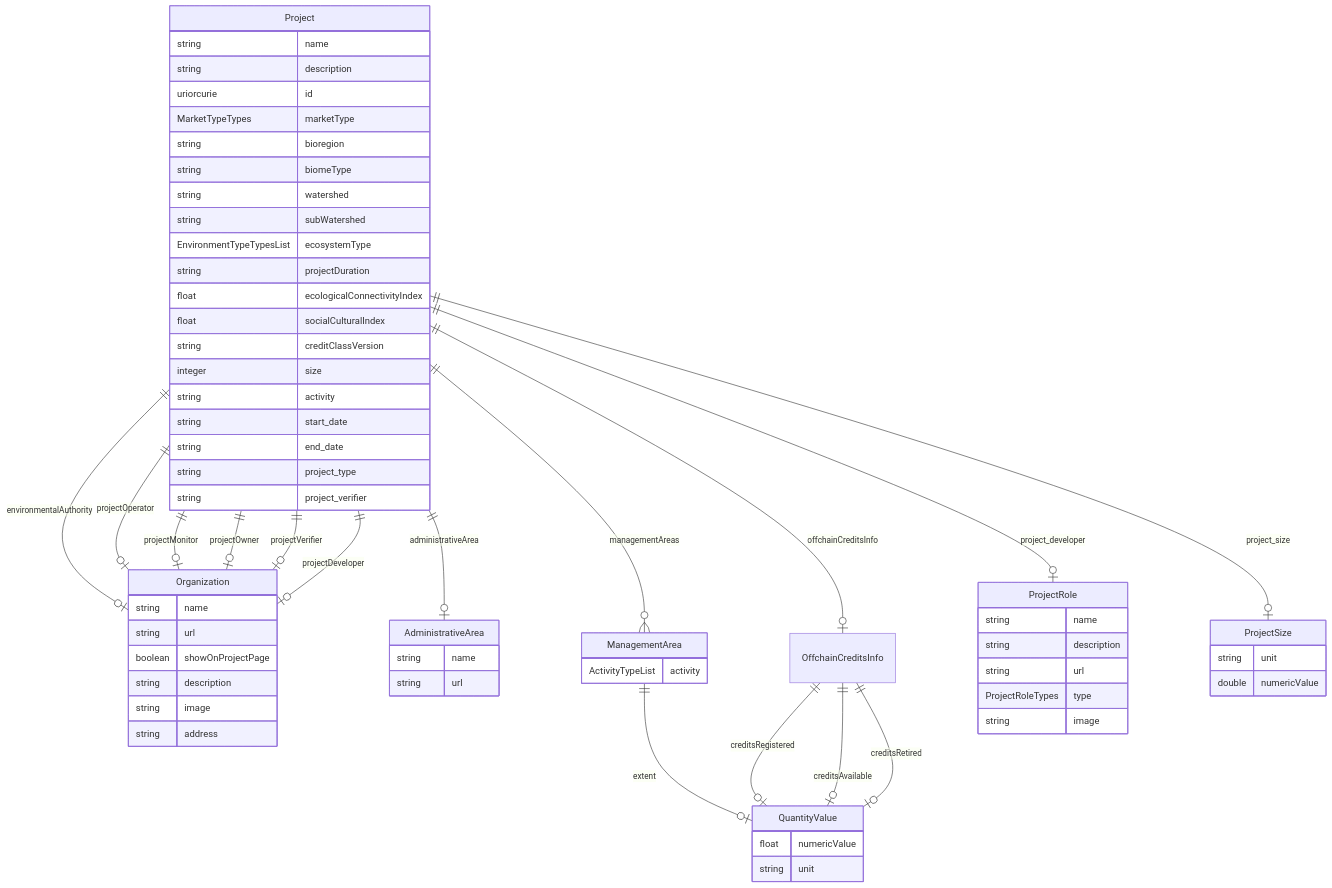
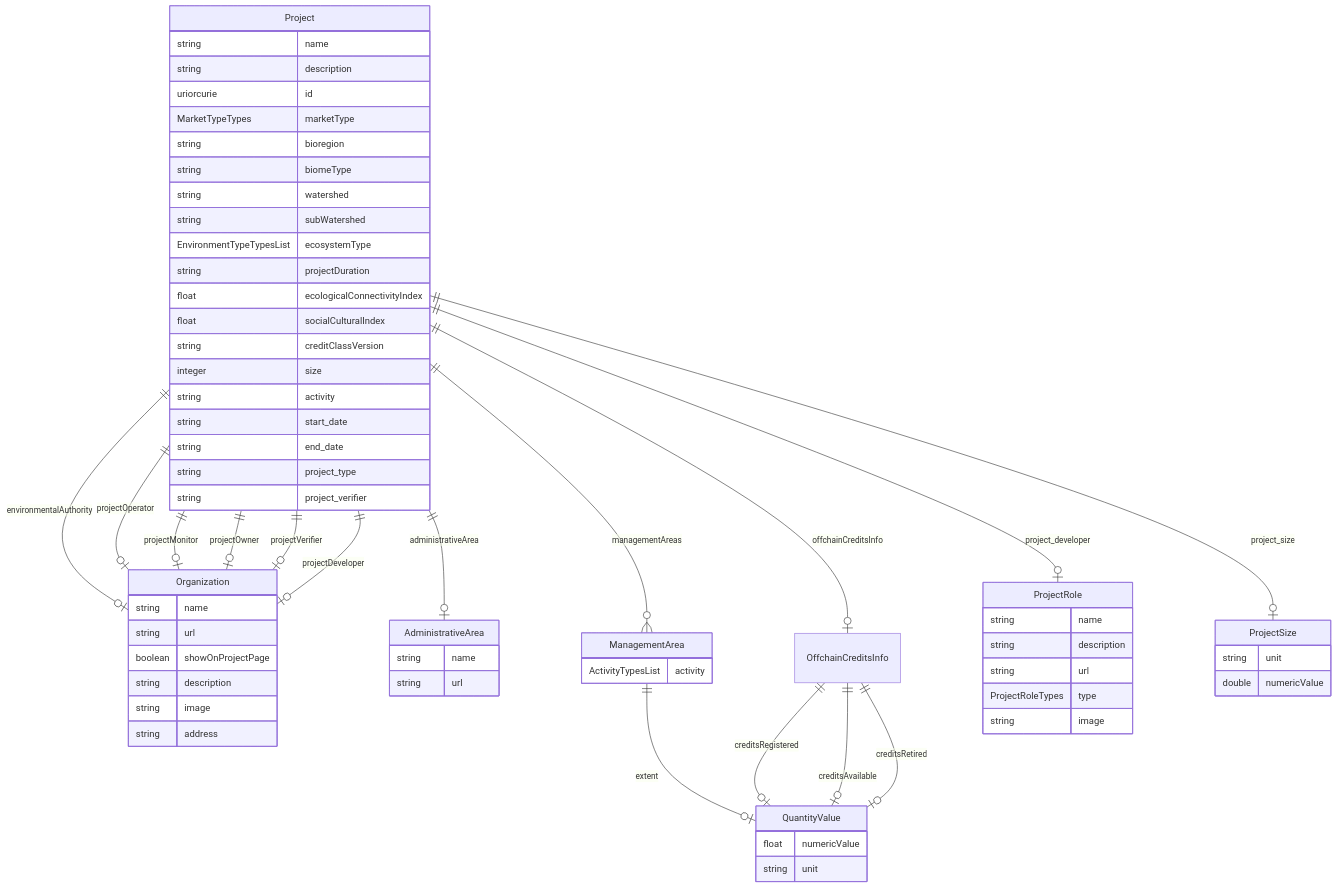
One commit to regen-network/regen-data-standards changed the diagram in schema/generated/Project.md. Above: the diagram before and after it, drawn with Mermaid. The commit also changed other lines of this file and 13 other files, not shown here.

````diff
--- a/schema/generated/Project.md
+++ b/schema/generated/Project.md
@@ -11,74 +11,74 @@
 ```mermaid
 erDiagram
 Project {
     string name  
     string description  
     uriorcurie id  
     MarketTypeTypes marketType  
     string bioregion  
     string biomeType  
     string watershed  
     string subWatershed  
     EnvironmentTypeTypesList ecosystemType  
     string projectDuration  
     float ecologicalConnectivityIndex  
     float socialCulturalIndex  
     string creditClassVersion  
     integer size  
     string activity  
     string start_date  
     string end_date  
     string project_type  
     string project_verifier  
 }
 Organization {
     string name  
     string url  
     boolean showOnProjectPage  
     string description  
     string image  
     string address  
 }
 AdministrativeArea {
     string name  
     string url  
 }
 ManagementArea {
-    ActivityTypeList activity  
+    ActivityTypesList activity  
 }
 QuantityValue {
     float numericValue  
     string unit  
 }
 OffchainCreditsInfo {
 
 }
 ProjectRole {
     string name  
     string description  
     string url  
     ProjectRoleTypes type  
     string image  
 }
 ProjectSize {
     string unit  
     double numericValue  
 }
 
 Project ||--|o ProjectSize : "project_size"
 Project ||--|o ProjectRole : "project_developer"
 Project ||--|o Organization : "environmentalAuthority"
 Project ||--|o OffchainCreditsInfo : "offchainCreditsInfo"
 Project ||--}o ManagementArea : "managementAreas"
 Project ||--|o AdministrativeArea : "administrativeArea"
 Project ||--|o Organization : "projectOperator"
 Project ||--|o Organization : "projectMonitor"
 Project ||--|o Organization : "projectOwner"
 Project ||--|o Organization : "projectVerifier"
 Project ||--|o Organization : "projectDeveloper"
 ManagementArea ||--|o QuantityValue : "extent"
 OffchainCreditsInfo ||--|o QuantityValue : "creditsRegistered"
 OffchainCreditsInfo ||--|o QuantityValue : "creditsAvailable"
 OffchainCreditsInfo ||--|o QuantityValue : "creditsRetired"
 
 ```
````
